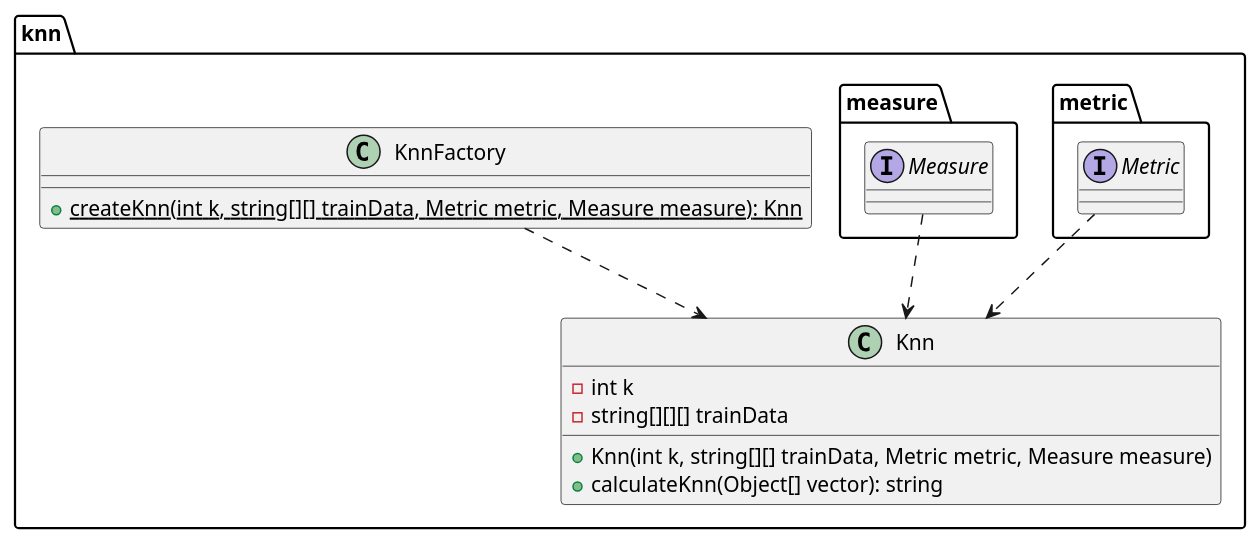
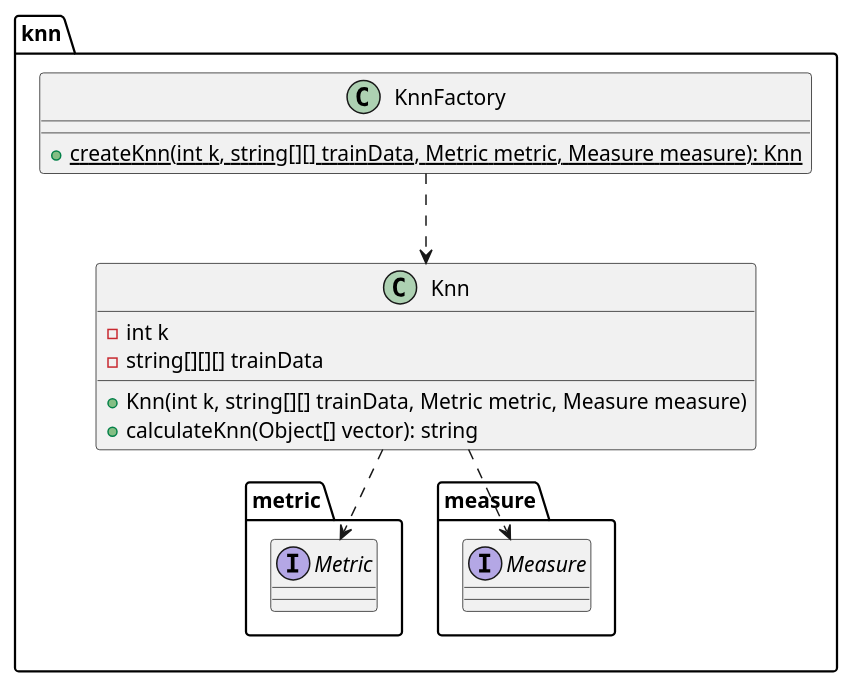
One commit to kambed/Computer-Recognition-Systems changed the seventh of 10 diagrams in README.md. Above: the diagram before and after it, drawn with PlantUML. The commit also changed other lines of this file, not shown here.

````diff
--- a/README.md
+++ b/README.md
@@ -307,23 +304,23 @@
 ```plantuml
 package knn {
     class Knn {
         - int k
         - string[][][] trainData
         + Knn(int k, string[][] trainData, Metric metric, Measure measure)
         + calculateKnn(Object[] vector): string
     }
     class KnnFactory {
         + {static} createKnn(int k, string[][] trainData, Metric metric, Measure measure): Knn
     }
    KnnFactory ..> Knn
    
     package metric {
         interface Metric
-        Metric ..> Knn
+        Knn ..> Metric
     }
     package measure {
         interface Measure
-        Measure ..> Knn
+        Knn ..> Measure
     }
 }
 ```
````
